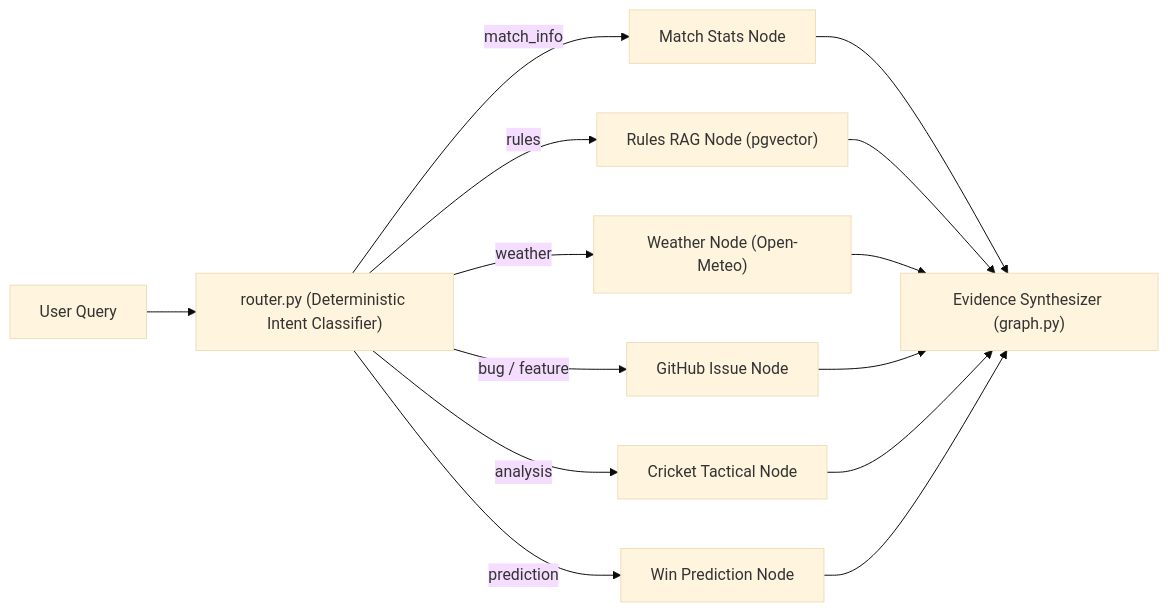
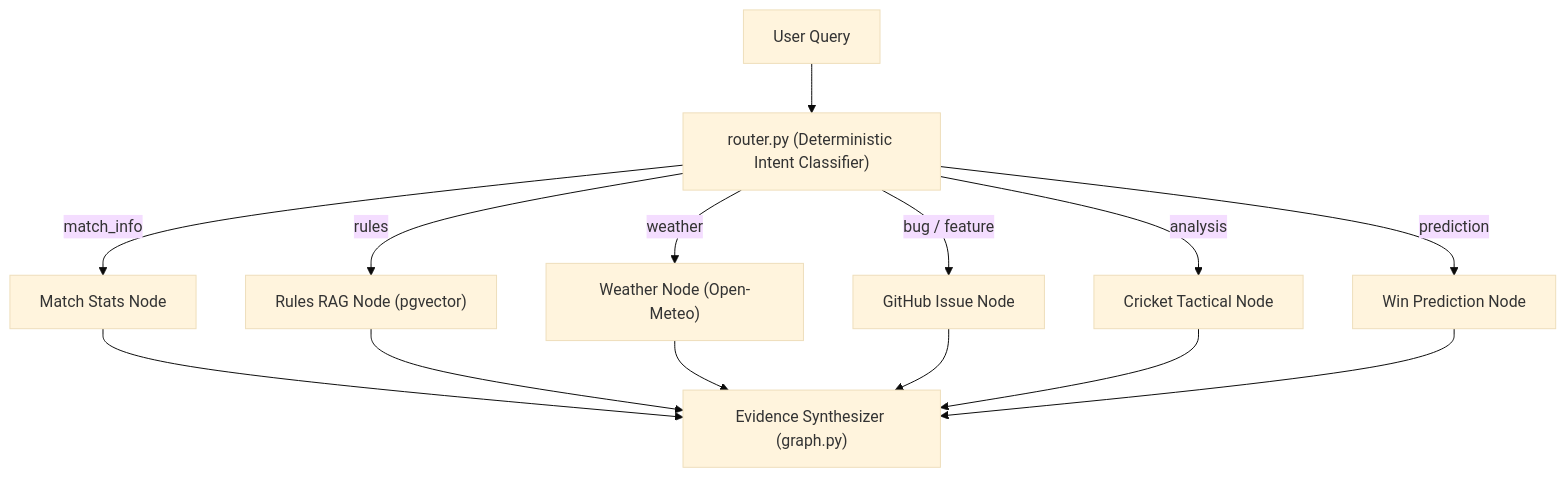
Before and after one commit to venkatesh-singamsetty/cricscore: the diagram in apps/ai-service/README.md, drawn with Mermaid (base theme). The commit also changed other lines of this file and 43 other files, not shown here.

````diff
--- a/apps/ai-service/README.md
+++ b/apps/ai-service/README.md
@@ -9,11 +9,11 @@
 ```mermaid
-flowchart LR
+flowchart TD
     Query["User Query"] --> Router["router.py (Deterministic Intent Classifier)"]
     Router -->|match_info| Stats["Match Stats Node"]
     Router -->|rules| RAG["Rules RAG Node (pgvector)"]
     Router -->|weather| Weather["Weather Node (Open-Meteo)"]
     Router -->|bug / feature| Issue["GitHub Issue Node"]
     Router -->|analysis| Tactics["Cricket Tactical Node"]
     Router -->|prediction| Pred["Win Prediction Node"]
     Stats & RAG & Weather & Issue & Tactics & Pred --> Synth["Evidence Synthesizer (graph.py)"]
 ```
````
